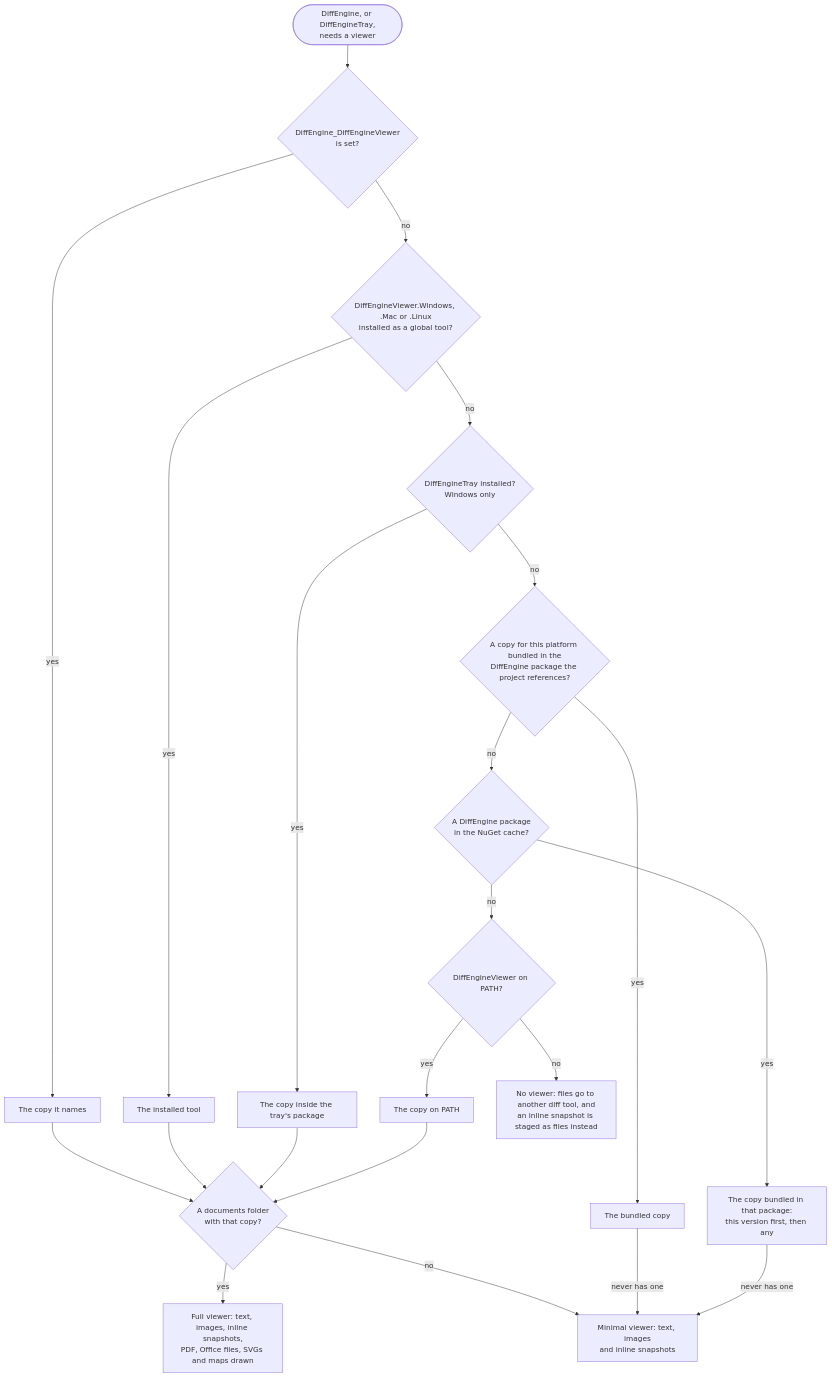
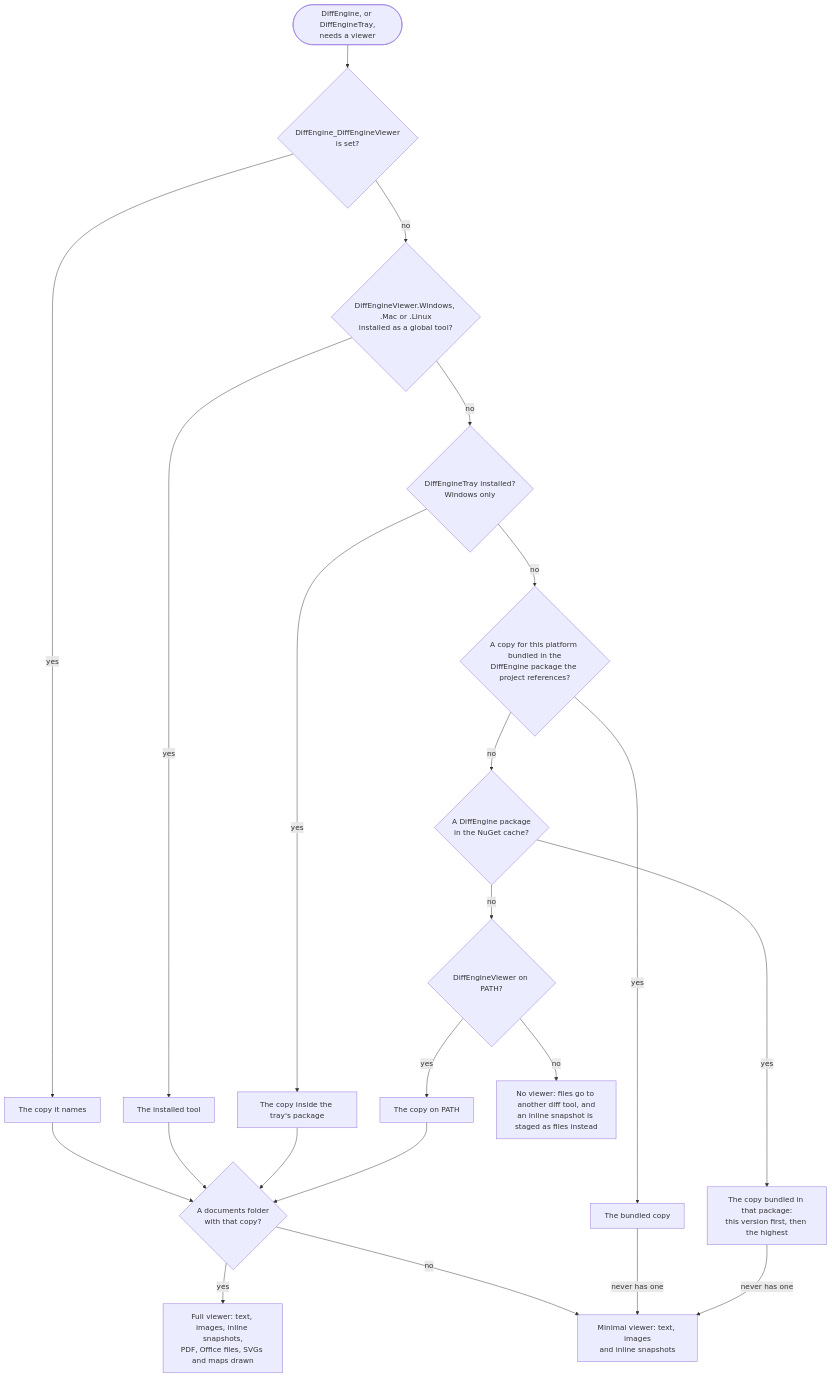
Before and after one commit to VerifyTests/DiffEngine: the diagram in docs/mdsource/viewer.source.md, drawn with Mermaid. The commit also changed other lines of this file and 186 other files, not shown here.

````diff
--- a/docs/mdsource/viewer.source.md
+++ b/docs/mdsource/viewer.source.md
@@ -39,25 +39,25 @@
 ```mermaid
 flowchart TD
     Need(["DiffEngine, or DiffEngineTray,<br/>needs a viewer"]) --> Override{"DiffEngine_DiffEngineViewer<br/>is set?"}
     Override -->|yes| Named["The copy it names"]
     Override -->|no| Tool{"DiffEngineViewer.Windows, .Mac or .Linux<br/>installed as a global tool?"}
     Tool -->|yes| Installed["The installed tool"]
     Tool -->|no| Tray{"DiffEngineTray installed?<br/>Windows only"}
     Tray -->|yes| Beside["The copy inside the tray's package"]
     Tray -->|no| Bundled{"A copy for this platform bundled in the<br/>DiffEngine package the project references?"}
     Bundled -->|yes| Package["The bundled copy"]
     Bundled -->|no| Cache{"A DiffEngine package<br/>in the NuGet cache?"}
-    Cache -->|yes| Cached["The copy bundled in that package:<br/>this version first, then any"]
+    Cache -->|yes| Cached["The copy bundled in that package:<br/>this version first, then the highest"]
     Cache -->|no| OnPath{"DiffEngineViewer on PATH?"}
     OnPath -->|yes| Found["The copy on PATH"]
     OnPath -->|no| None["No viewer: files go to another diff tool, and<br/>an inline snapshot is staged as files instead"]
 
     Named --> Documents{"A documents folder<br/>with that copy?"}
     Installed --> Documents
     Beside --> Documents
     Found --> Documents
     Documents -->|yes| Full["Full viewer: text, images, inline snapshots,<br/>PDF, Office files, SVGs and maps drawn"]
     Documents -->|no| Minimal["Minimal viewer: text, images<br/>and inline snapshots"]
     Package -->|never has one| Minimal
     Cached -->|never has one| Minimal
 ```
````
